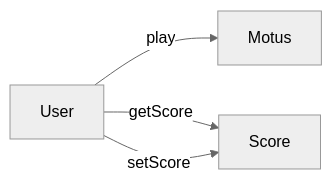
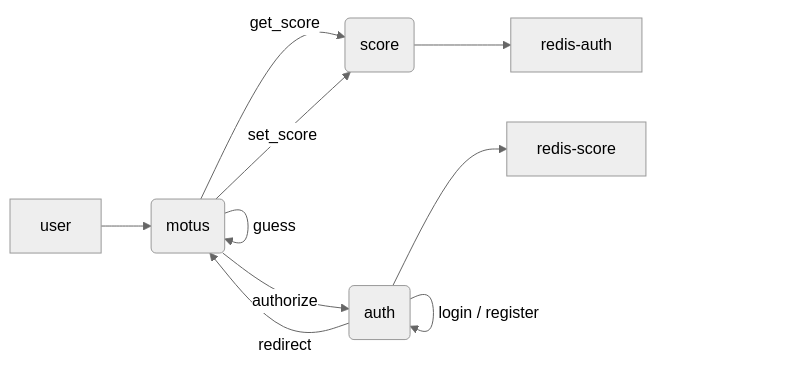
The diagram in README.md (lostsh/Microservices), drawn with Mermaid (neutral theme) before and after one commit. The commit also changed other lines of this file, not shown here.

````diff
--- a/README.md
+++ b/README.md
@@ -38,6 +85,12 @@
 ```mermaid
 flowchart LR
-    A[User] --> |play| B[Motus]
-    A --> |getScore| C[Score]
-    A --> |setScore| C[Score]
+    A[user] --> B(motus)
+    B --> |guess| B
+    B --> |get_score| C(score)
+    B -->|set_score| C
+    C --> E[redis-auth]
+    B --> |authorize| D(auth)
+    D --> F[redis-score]
+    D --> |login / register| D
+    D --> |redirect| B
 ```
````
